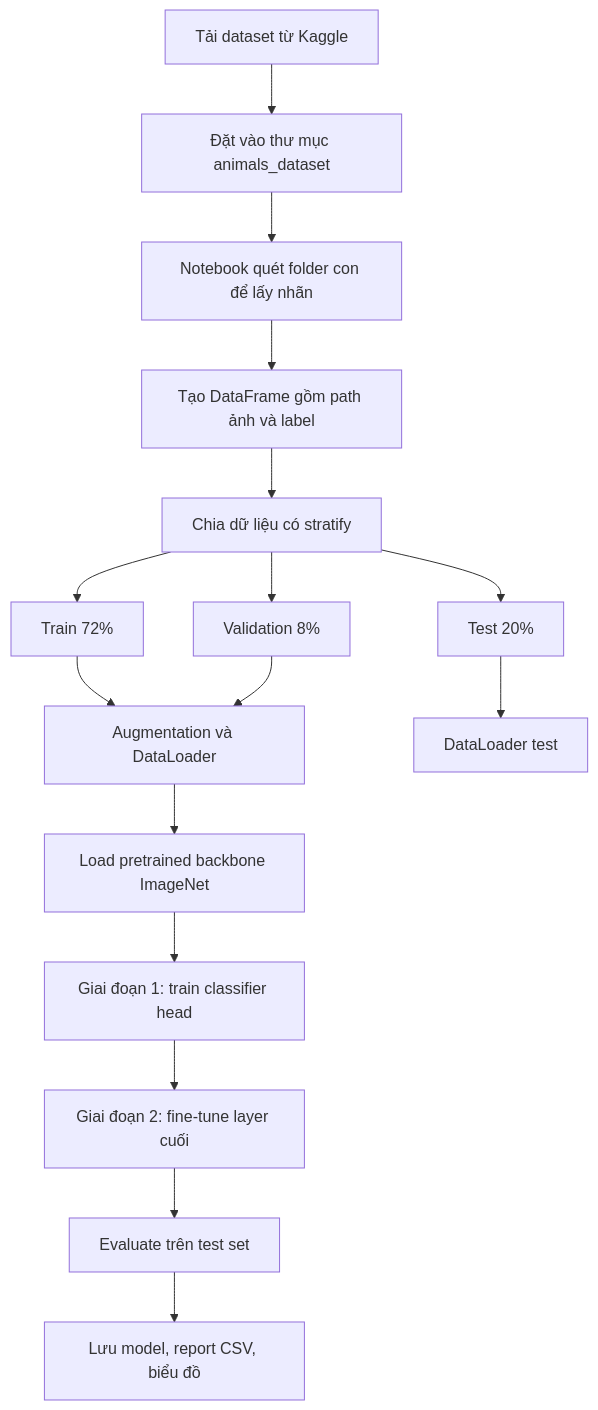
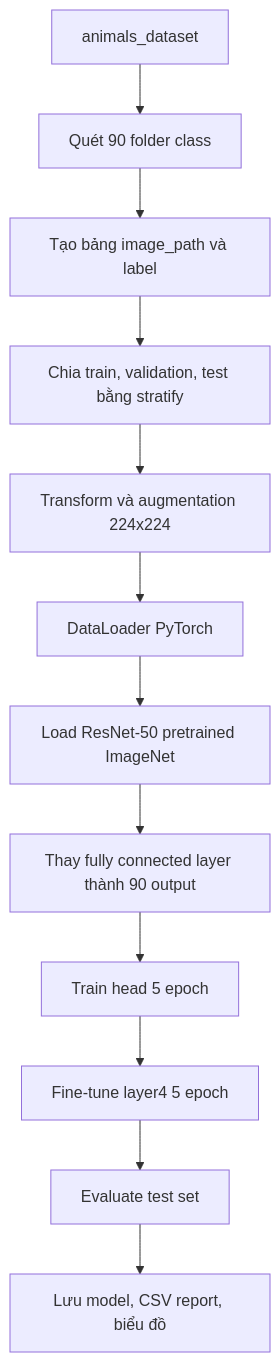
One commit to dangtai111325/90-Animals-Classification changed the diagram in README.md. Above: the diagram before and after it, drawn with Mermaid. The commit also changed other lines of this file and 16 other files, not shown here.

Commit message:
Move ResNet-50 package to branch root

````diff
--- a/README.md
+++ b/README.md
@@ -58,18 +27,14 @@
 ```mermaid
 flowchart TD
-    A[Tải dataset từ Kaggle] --> B[Đặt vào thư mục animals_dataset]
-    B --> C[Notebook quét folder con để lấy nhãn]
-    C --> D[Tạo DataFrame gồm path ảnh và label]
-    D --> E[Chia dữ liệu có stratify]
-    E --> F[Train 72%]
-    E --> G[Validation 8%]
-    E --> H[Test 20%]
-    F --> I[Augmentation và DataLoader]
-    G --> I
-    H --> J[DataLoader test]
-    I --> K[Load pretrained backbone ImageNet]
-    K --> L[Giai đoạn 1: train classifier head]
-    L --> M[Giai đoạn 2: fine-tune layer cuối]
-    M --> N[Evaluate trên test set]
-    N --> O[Lưu model, report CSV, biểu đồ]
+    A[animals_dataset] --> B[Quét 90 folder class]
+    B --> C[Tạo bảng image_path và label]
+    C --> D[Chia train, validation, test bằng stratify]
+    D --> E[Transform và augmentation 224x224]
+    E --> F[DataLoader PyTorch]
+    F --> G[Load ResNet-50 pretrained ImageNet]
+    G --> H[Thay fully connected layer thành 90 output]
+    H --> I[Train head 5 epoch]
+    I --> J[Fine-tune layer4 5 epoch]
+    J --> K[Evaluate test set]
+    K --> L[Lưu model, CSV report, biểu đồ]
 ```
````
